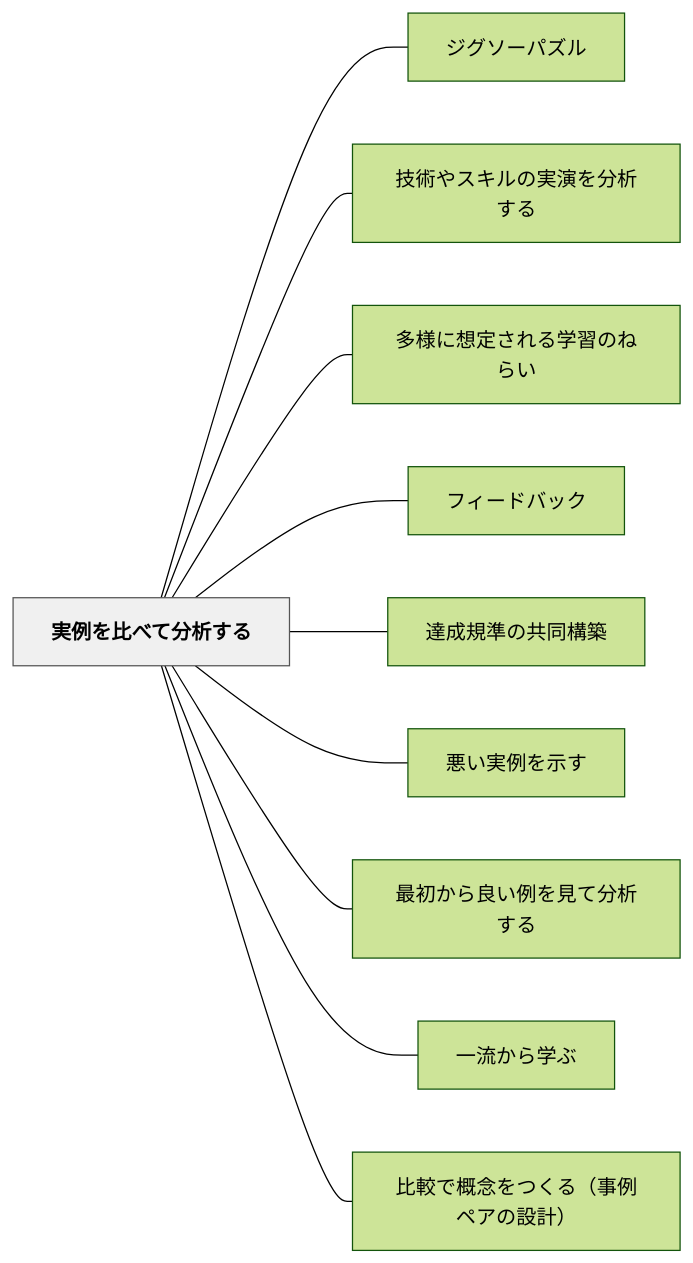
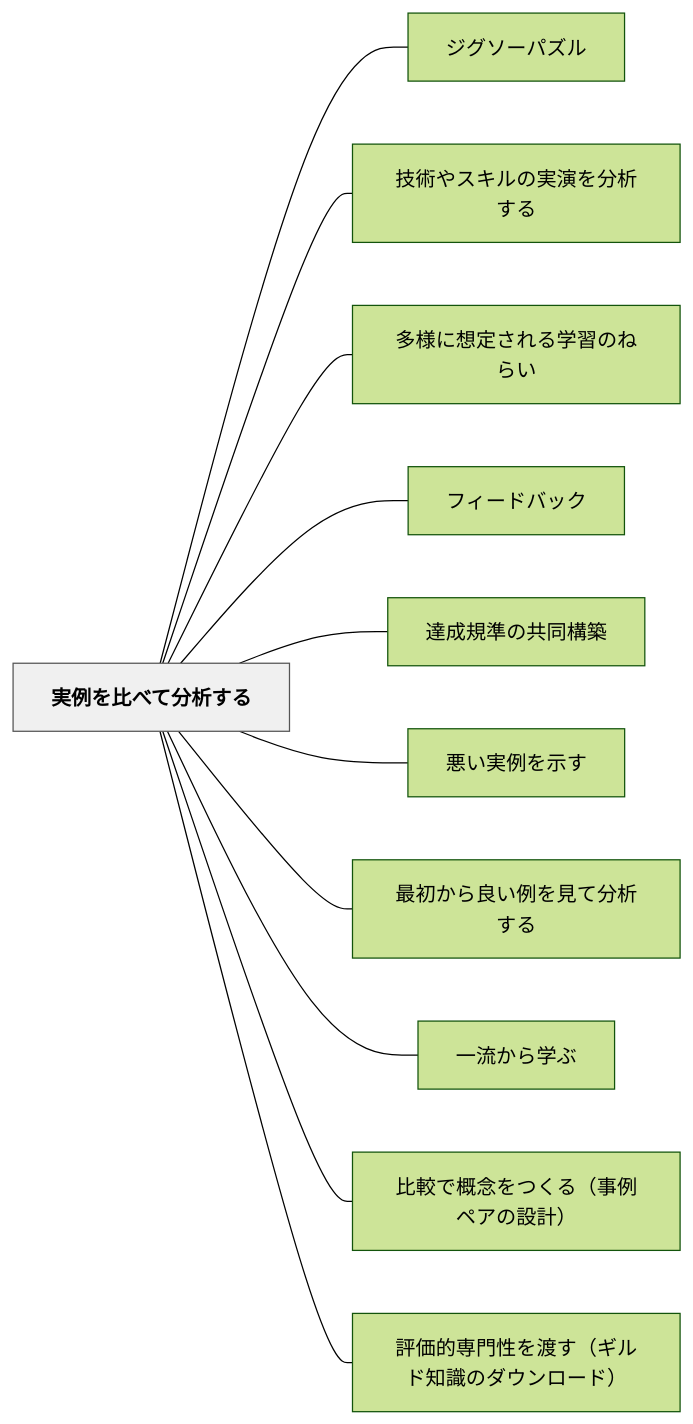
The diagram in content/パタン/実例を比べて分析する.md (unknownthings-ed-patterns/unknownthings-ed-patterns), drawn with Mermaid (forest theme) before and after one commit. The commit also changed other lines of this file and 42 other files, not shown here.

````diff
--- a/content/パタン/実例を比べて分析する.md
+++ b/content/パタン/実例を比べて分析する.md
@@ -46,26 +46,28 @@
 ```mermaid
 flowchart LR
     ne5ae9fe4be8be38292e6af94e381b9e381a6e58886e69e90e38199e3828b["実例を比べて分析する"]
     ne382b8e382b0e382bde383bce38391e382bae383ab["ジグソーパズル"]
     ne68a80e8a193e38284e382b9e382ade383abe381aee5ae9fe6bc94e38292e58886e69e90e38199e3828b["技術やスキルの実演を分析する"]
     ne5a49ae6a798e381abe683b3e5ae9ae38195e3828ce3828be5ada6e7bf92e381aee381ade38289e38184["多様に想定される学習のねらい"]
     ne38395e382a3e383bce38389e38390e38383e382af["フィードバック"]
     ne98194e68890e8a68fe6ba96e381aee585b1e5908ce6a78be7af89["達成規準の共同構築"]
     ne682aae38184e5ae9fe4be8be38292e7a4bae38199["悪い実例を示す"]
     ne69c80e5889de3818be38289e889afe38184e4be8be38292e8a68be381a6e58886e69e90e38199e3828b["最初から良い例を見て分析する"]
     ne4b880e6b581e3818be38289e5ada6e381b6["一流から学ぶ"]
     ne6af94e8bc83e381a7e6a682e5bfb5e38292e381a4e3818fe3828befbc88e4ba8be4be8be3839ae382a2e381aee8a8ade8a888efbc89["比較で概念をつくる（事例ペアの設計）"]
+    ne8a995e4bea1e79a84e5b082e99680e680a7e38292e6b8a1e38199efbc88e382aee383abe38389e79fa5e8ad98e381aee38380e382a6e383b3e383ade383bce38389efbc89["評価的専門性を渡す（ギルド知識のダウンロード）"]
 
     ne5ae9fe4be8be38292e6af94e381b9e381a6e58886e69e90e38199e3828b --- ne382b8e382b0e382bde383bce38391e382bae383ab
     ne5ae9fe4be8be38292e6af94e381b9e381a6e58886e69e90e38199e3828b --- ne68a80e8a193e38284e382b9e382ade383abe381aee5ae9fe6bc94e38292e58886e69e90e38199e3828b
     ne5ae9fe4be8be38292e6af94e381b9e381a6e58886e69e90e38199e3828b --- ne5a49ae6a798e381abe683b3e5ae9ae38195e3828ce3828be5ada6e7bf92e381aee381ade38289e38184
     ne5ae9fe4be8be38292e6af94e381b9e381a6e58886e69e90e38199e3828b --- ne38395e382a3e383bce38389e38390e38383e382af
     ne5ae9fe4be8be38292e6af94e381b9e381a6e58886e69e90e38199e3828b --- ne98194e68890e8a68fe6ba96e381aee585b1e5908ce6a78be7af89
     ne5ae9fe4be8be38292e6af94e381b9e381a6e58886e69e90e38199e3828b --- ne682aae38184e5ae9fe4be8be38292e7a4bae38199
     ne5ae9fe4be8be38292e6af94e381b9e381a6e58886e69e90e38199e3828b --- ne69c80e5889de3818be38289e889afe38184e4be8be38292e8a68be381a6e58886e69e90e38199e3828b
     ne5ae9fe4be8be38292e6af94e381b9e381a6e58886e69e90e38199e3828b --- ne4b880e6b581e3818be38289e5ada6e381b6
     ne5ae9fe4be8be38292e6af94e381b9e381a6e58886e69e90e38199e3828b --- ne6af94e8bc83e381a7e6a682e5bfb5e38292e381a4e3818fe3828befbc88e4ba8be4be8be3839ae382a2e381aee8a8ade8a888efbc89
+    ne5ae9fe4be8be38292e6af94e381b9e381a6e58886e69e90e38199e3828b --- ne8a995e4bea1e79a84e5b082e99680e680a7e38292e6b8a1e38199efbc88e382aee383abe38389e79fa5e8ad98e381aee38380e382a6e383b3e383ade383bce38389efbc89
 
     classDef hub fill:#f0f0f0,stroke:#555,color:#000,font-weight:bold
     class ne5ae9fe4be8be38292e6af94e381b9e381a6e58886e69e90e38199e3828b hub
 ```
````
